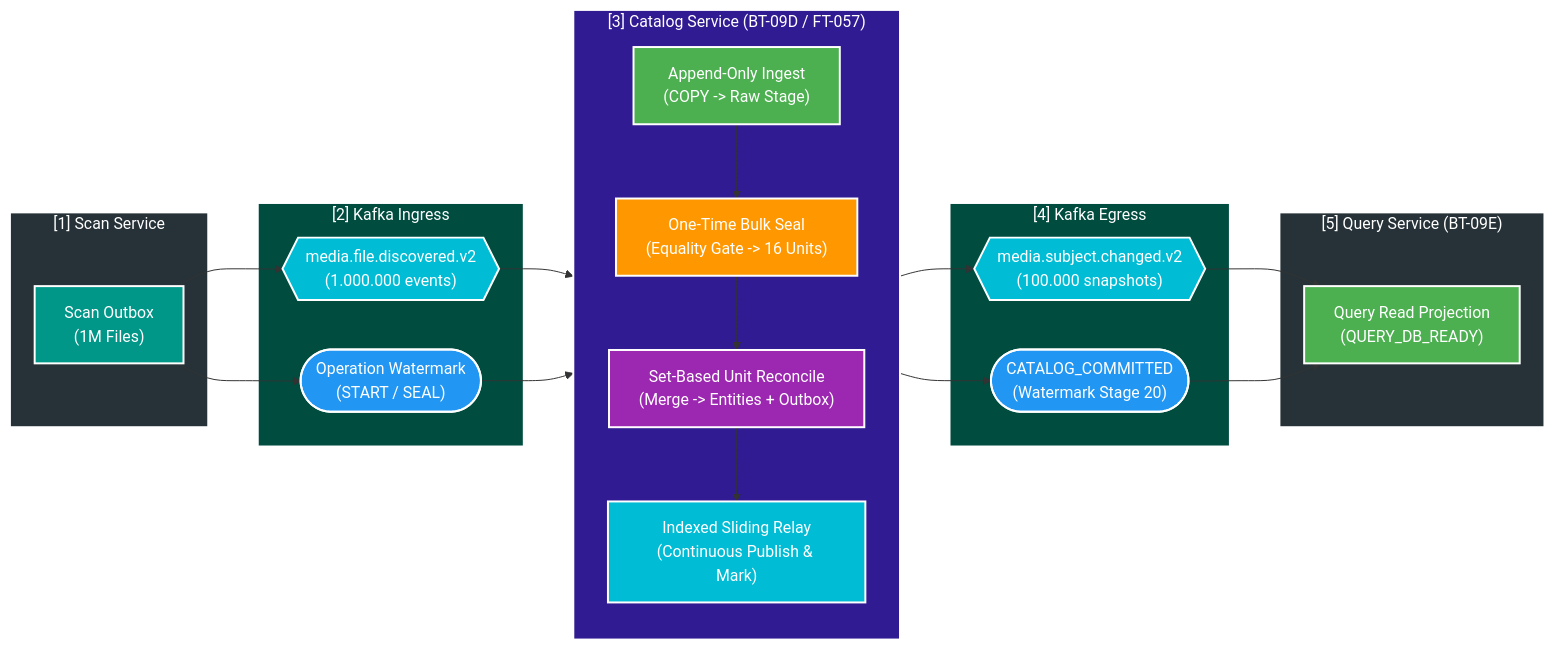
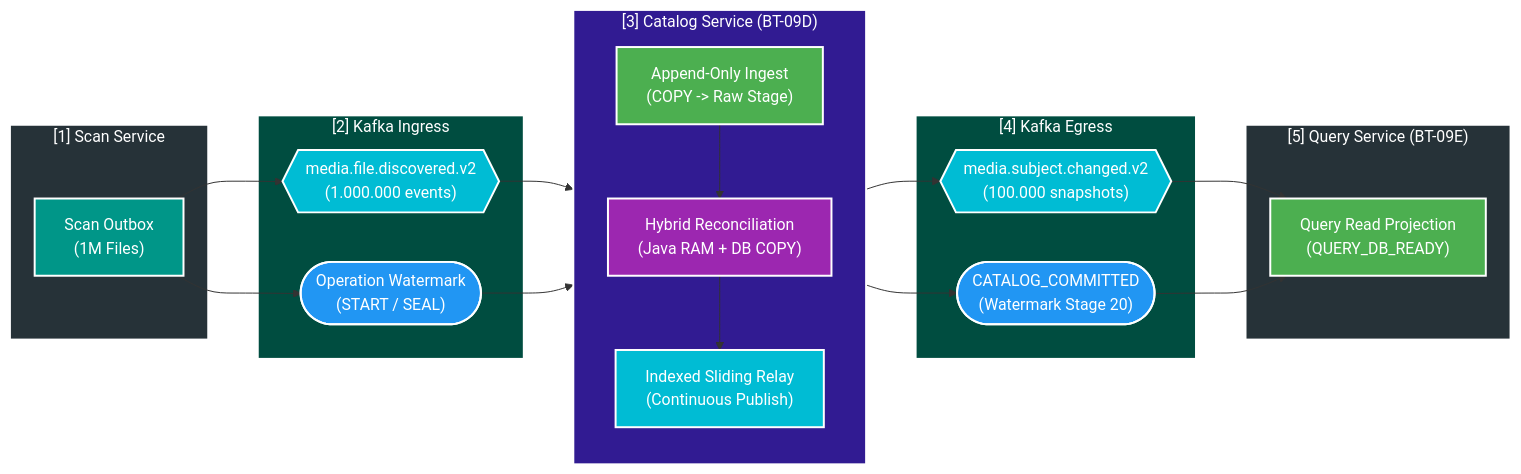
The first of 3 diagrams in manual/learning/deep-dive/catalog-service/01-catalog-coalescing-and-reconciliation-deep-dive.md (HungPhan200591/file-mngt-be-v2), drawn with Mermaid before and after one commit. The commit also changed other lines of this file and 24 other files, not shown here.

Commit message:
feat: implement hybrid streaming reconciliation with Java reduction and set-based persistence

````diff
--- a/manual/learning/deep-dive/catalog-service/01-catalog-coalescing-and-reconciliation-deep-dive.md
+++ b/manual/learning/deep-dive/catalog-service/01-catalog-coalescing-and-reconciliation-deep-dive.md
@@ -12,54 +12,46 @@
 ```mermaid
 flowchart LR
     subgraph SCAN["[1] Scan Service"]
         OUT["Scan Outbox\n(1M Files)"]
     end
-    
     subgraph KAFKA1["[2] Kafka Ingress"]
         DISC{{"media.file.discovered.v2\n(1.000.000 events)"}}
         WATER1(["Operation Watermark\n(START / SEAL)"])
     end
-    
-    subgraph CATALOG["[3] Catalog Service (BT-09D / FT-057)"]
+    subgraph CATALOG["[3] Catalog Service (BT-09D)"]
         direction TB
         INGEST["Append-Only Ingest\n(COPY -> Raw Stage)"]
-        SEAL["One-Time Bulk Seal\n(Equality Gate -> 16 Units)"]
-        RECON["Set-Based Unit Reconcile\n(Merge -> Entities + Outbox)"]
-        RELAY["Indexed Sliding Relay\n(Continuous Publish & Mark)"]
-        INGEST --> SEAL --> RECON --> RELAY
+        RECON["Hybrid Reconciliation\n(Java RAM + DB COPY)"]
+        RELAY["Indexed Sliding Relay\n(Continuous Publish)"]
+        INGEST --> RECON --> RELAY
     end
-    
     subgraph KAFKA2["[4] Kafka Egress"]
         SNAP{{"media.subject.changed.v2\n(100.000 snapshots)"}}
         WATER2(["CATALOG_COMMITTED\n(Watermark Stage 20)"])
     end
-    
     subgraph QUERY["[5] Query Service (BT-09E)"]
         PROJ["Query Read Projection\n(QUERY_DB_READY)"]
     end
-
     OUT --> DISC
     OUT --> WATER1
     DISC --> INGEST
-    WATER1 --> SEAL
+    WATER1 --> RECON
     RELAY --> SNAP
     RELAY --> WATER2
     SNAP --> PROJ
     WATER2 --> PROJ
-
     style SCAN fill:#263238,stroke:#fff,stroke-width:2px,color:#fff
     style OUT fill:#009688,stroke:#fff,stroke-width:2px,color:#fff
     style KAFKA1 fill:#004D40,stroke:#fff,stroke-width:2px,color:#fff
     style DISC fill:#00BCD4,stroke:#fff,stroke-width:2px,color:#fff
     style WATER1 fill:#2196F3,stroke:#fff,stroke-width:2px,color:#fff
     style CATALOG fill:#311B92,stroke:#fff,stroke-width:2px,color:#fff
     style INGEST fill:#4CAF50,stroke:#fff,stroke-width:2px,color:#fff
-    style SEAL fill:#FF9800,stroke:#fff,stroke-width:2px,color:#fff
     style RECON fill:#9C27B0,stroke:#fff,stroke-width:2px,color:#fff
     style RELAY fill:#00BCD4,stroke:#fff,stroke-width:2px,color:#fff
     style KAFKA2 fill:#004D40,stroke:#fff,stroke-width:2px,color:#fff
     style SNAP fill:#00BCD4,stroke:#fff,stroke-width:2px,color:#fff
     style WATER2 fill:#2196F3,stroke:#fff,stroke-width:2px,color:#fff
     style QUERY fill:#263238,stroke:#fff,stroke-width:2px,color:#fff
     style PROJ fill:#4CAF50,stroke:#fff,stroke-width:2px,color:#fff
 ```
````
